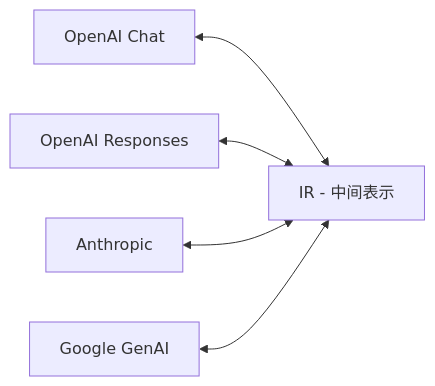
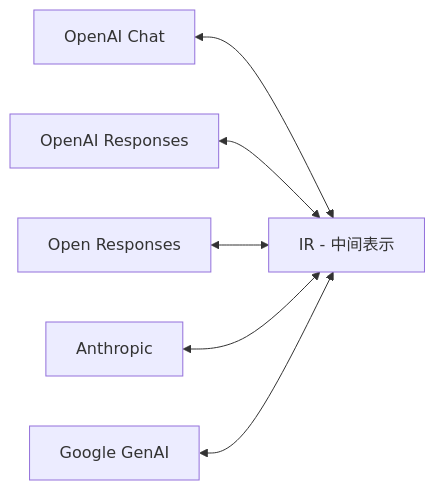
The diagram in docs/index.md (Oaklight/llm-rosetta), drawn with Mermaid before and after one commit. The commit also changed other lines of this file and 1 other file, not shown here.

Commit message:
docs: 首页增加罗塞塔图片、网关简介和使用场景

````diff
--- a/docs/index.md
+++ b/docs/index.md
@@ -57,8 +30,9 @@
 ```mermaid
 flowchart LR
     OC[OpenAI Chat] <--> IR
     OR[OpenAI Responses] <--> IR
+    ORe[Open Responses] <--> IR
     AN[Anthropic] <--> IR
     GG[Google GenAI] <--> IR
     IR[IR - 中间表示]
 ```
````
